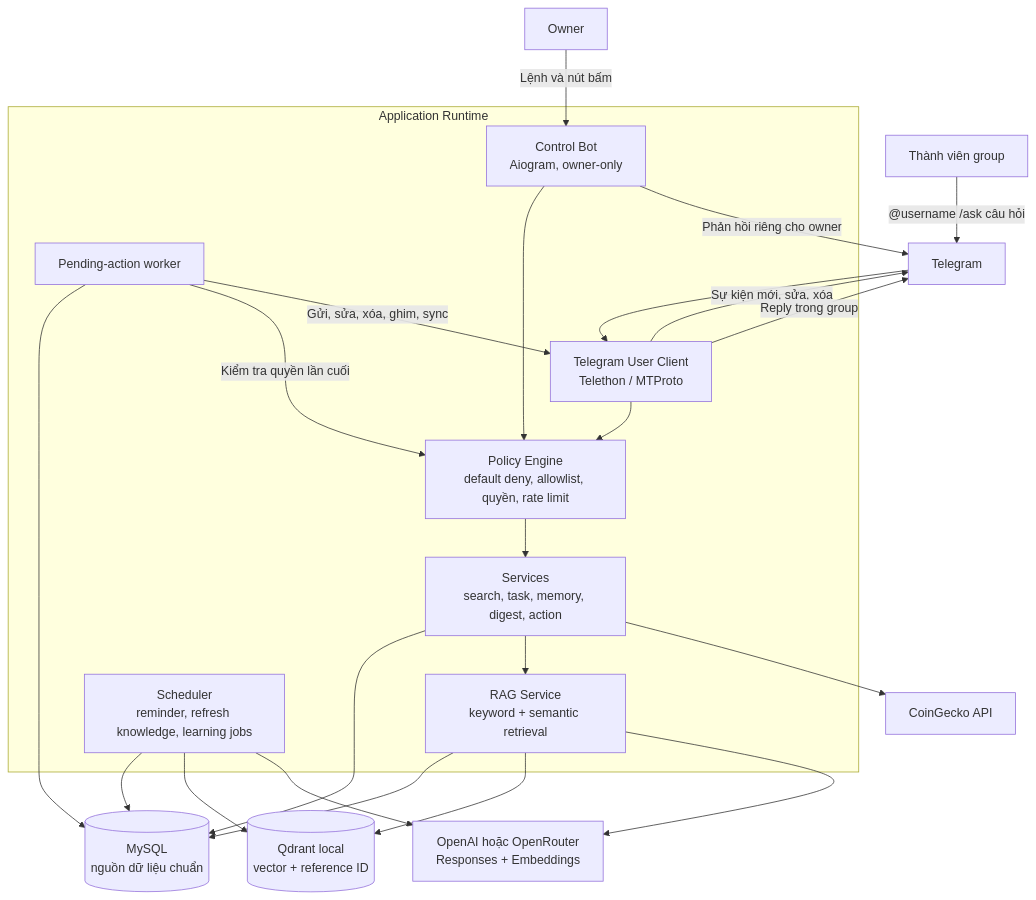
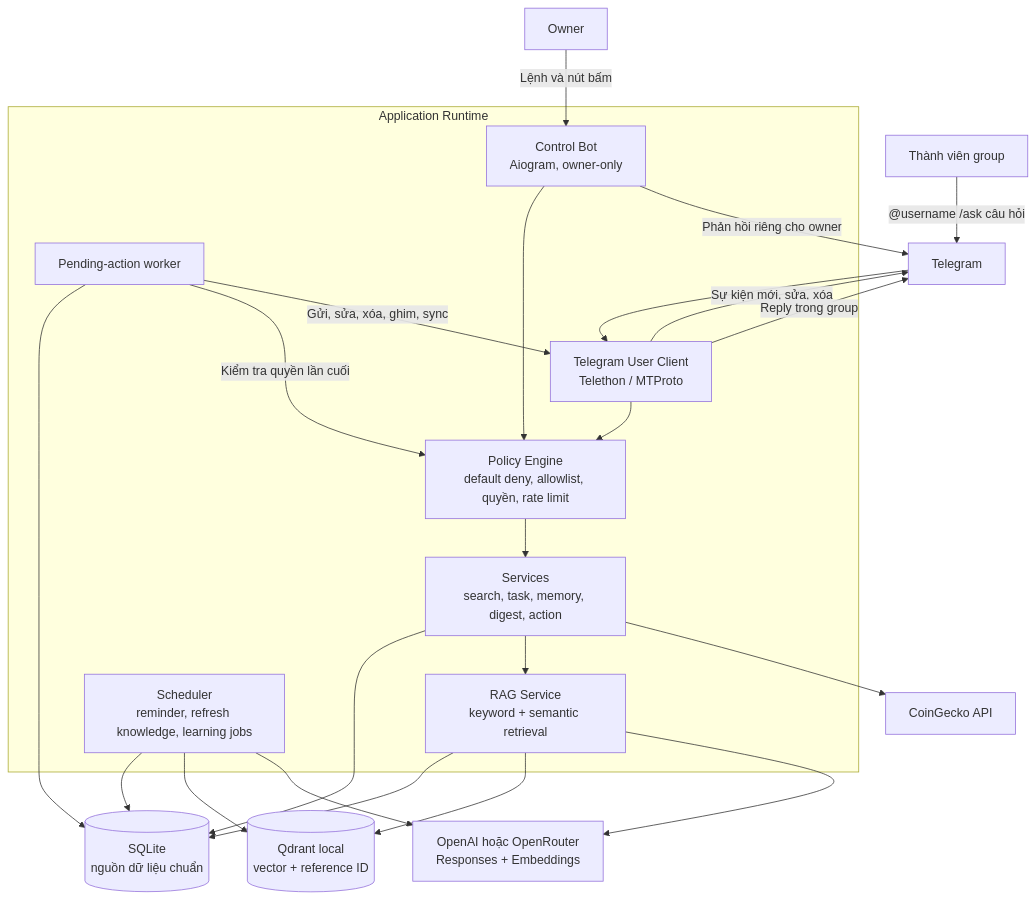
Before and after one commit to NyanBUIDL/telegram-ai-personal-assistant: the first of 8 diagrams in ACTIVITY_DIAGRAM.md, drawn with Mermaid. The commit also changed other lines of this file and 132 other files, not shown here.

````diff
--- a/ACTIVITY_DIAGRAM.md
+++ b/ACTIVITY_DIAGRAM.md
@@ -19,36 +19,36 @@
 ```mermaid
 flowchart TB
     owner["Owner"] -->|"Lệnh và nút bấm"| control["Control Bot<br/>Aiogram, owner-only"]
     member["Thành viên group"] -->|"@username /ask câu hỏi"| tg["Telegram"]
     tg --> user["Telegram User Client<br/>Telethon / MTProto"]
     control --> policy["Policy Engine<br/>default deny, allowlist, quyền, rate limit"]
     user --> policy
 
     subgraph runtime["Application Runtime"]
         control
         user
         policy
         services["Services<br/>search, task, memory, digest, action"]
         rag["RAG Service<br/>keyword + semantic retrieval"]
         scheduler["Scheduler<br/>reminder, refresh knowledge, learning jobs"]
         action_worker["Pending-action worker"]
     end
 
     policy --> services
-    services --> mysql[("MySQL<br/>nguồn dữ liệu chuẩn")]
+    services --> mysql[("SQLite<br/>nguồn dữ liệu chuẩn")]
     services --> rag
     rag --> mysql
     rag --> qdrant[("Qdrant local<br/>vector + reference ID")]
     rag --> ai["OpenAI hoặc OpenRouter<br/>Responses + Embeddings"]
     services --> coin["CoinGecko API"]
 
     scheduler --> mysql
     scheduler --> qdrant
     scheduler --> ai
     action_worker --> mysql
     action_worker -->|"Kiểm tra quyền lần cuối"| policy
     action_worker -->|"Gửi, sửa, xóa, ghim, sync"| user
     user -->|"Sự kiện mới, sửa, xóa"| tg
     control -->|"Phản hồi riêng cho owner"| tg
     user -->|"Reply trong group"| tg
 ```
````
